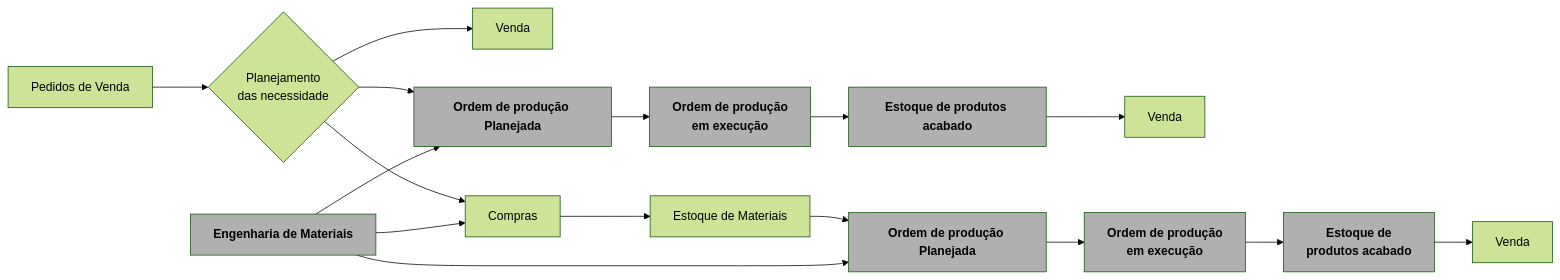
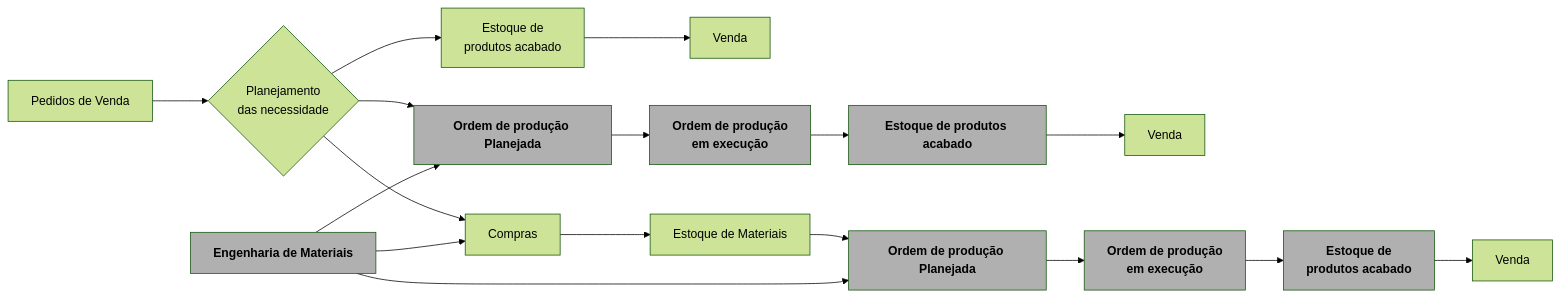
Before and after one commit to fabriciomoeller/slideEME4: the second of 3 diagrams in slides.md, drawn with Mermaid (forest theme). The commit also changed other lines of this file, not shown here.

````diff
--- a/slides.md
+++ b/slides.md
@@ -111,28 +110,29 @@
 ```mermaid {theme: 'neutral', scale: 0.45}
 graph LR
 
 classDef prod fill:#B0B0B0,font-weight:bold
 B[Pedidos de Venda] --> B2{Planejamento
  das necessidade}
-B2 --> G[Venda]
+B2 -->F1[Estoque de 
+produtos acabado] --> G[Venda]
 B2 -->  D[Ordem de produção Planejada]-->E[Ordem de produção
  em execução] -->F[Estoque de produtos acabado]
 -->G1[Venda]
 B2 --> B3[Compras] --> C[Estoque de Materiais] --> D2[Ordem de produção Planejada]-->E2[Ordem de produção 
 em execução]
 -->F2[Estoque de 
 produtos acabado] -->G2[Venda]
 C2[Engenharia de Materiais] --> B3[Compras]
 C2[Engenharia de Materiais] --> D[Ordem de produção Planejada]
 C2[Engenharia de Materiais] --> D2[Ordem de produção Planejada]
 
 
 D:::prod
 E:::prod
 F:::prod
 C2:::prod
 D2:::prod
 E2:::prod
 F2:::prod
 
 ```
````
